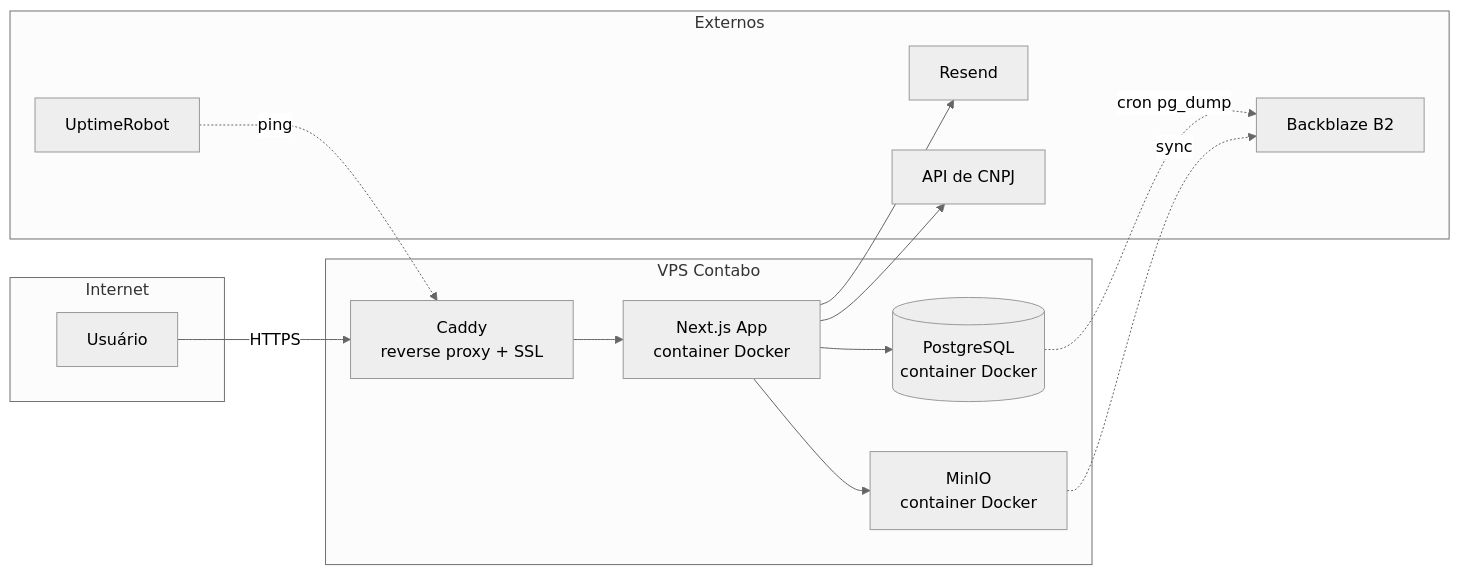
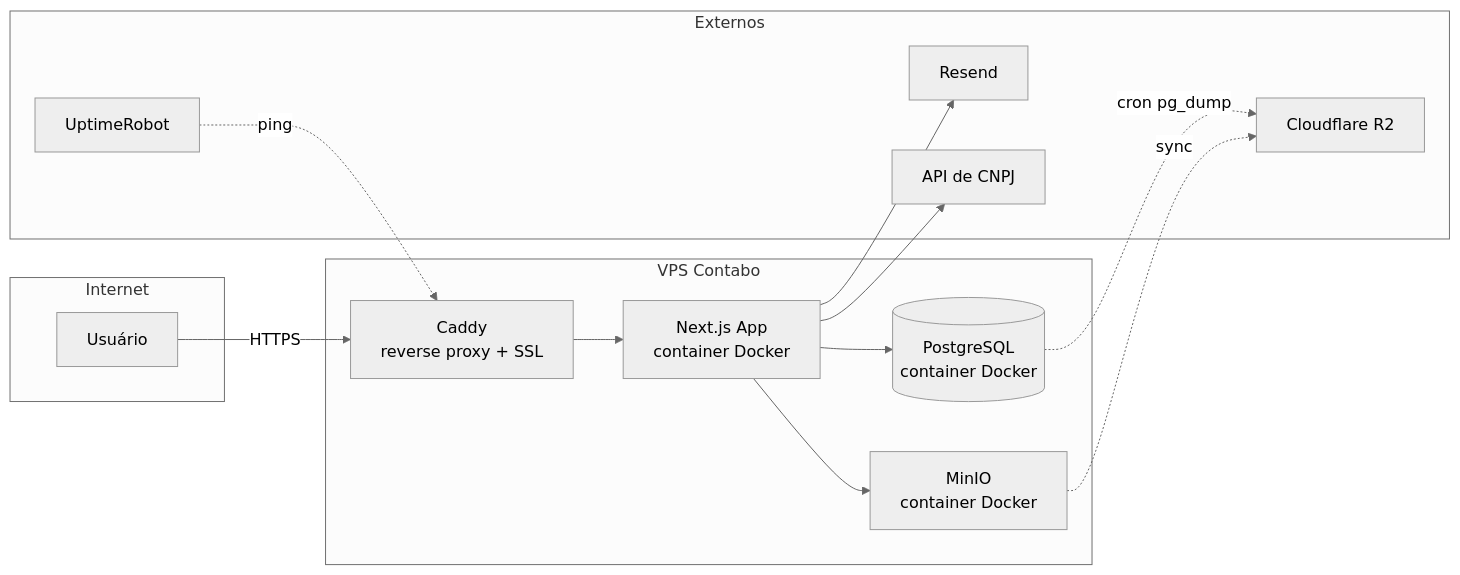
Before and after one commit to andrrc/multiplus-project: the third of 4 diagrams in docs/architecture-multiplus-software.md, drawn with Mermaid (neutral theme). The commit also changed other lines of this file and 21 other files, not shown here.

````diff
--- a/docs/architecture-multiplus-software.md
+++ b/docs/architecture-multiplus-software.md
@@ -208,30 +215,30 @@
 ```mermaid
 graph LR
     subgraph Internet["Internet"]
         USER[Usuário]
     end
 
     subgraph VPS["VPS Contabo"]
         CADDY[Caddy<br/>reverse proxy + SSL]
         NEXT[Next.js App<br/>container Docker]
         PG[(PostgreSQL<br/>container Docker)]
         MINIOC[MinIO<br/>container Docker]
     end
 
     subgraph External["Externos"]
-        B2EXT[Backblaze B2]
+        R2EXT[Cloudflare R2]
         RESENDEXT[Resend]
         CNPJEXT[API de CNPJ]
         UPTIME[UptimeRobot]
     end
 
     USER -->|HTTPS| CADDY
     CADDY --> NEXT
     NEXT --> PG
     NEXT --> MINIOC
     NEXT --> RESENDEXT
     NEXT --> CNPJEXT
-    PG -.cron pg_dump.-> B2EXT
-    MINIOC -.sync.-> B2EXT
+    PG -.cron pg_dump.-> R2EXT
+    MINIOC -.sync.-> R2EXT
     UPTIME -.ping.-> CADDY
 ```
````
